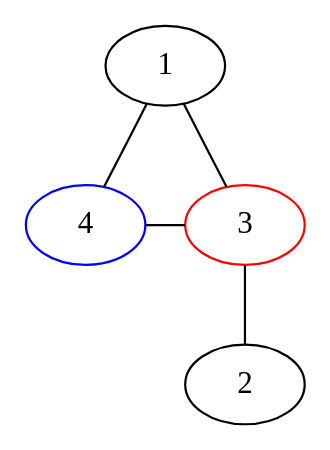
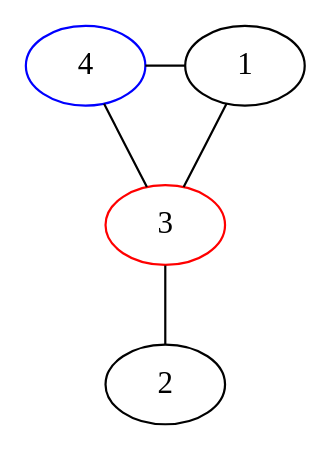
One commit to bilboquet/gamelib changed the diagram in sprouts/111.dot. Above: the diagram before and after it, drawn with Graphviz. The commit also changed 29 other files, not shown here.

```diff
--- a/sprouts/111.dot
+++ b/sprouts/111.dot
@@ -1,15 +1,16 @@
 graph {
-  1 -- 4 -- 3;
+  4 -- 1;
+  4 -- 3;
   1 -- 3 -- 2;
 
   {
     rank="same";
-    3;
     4;
+    1;
 
   }
 
   3 [color="red"];
   4 [color="blue"];
 
 }
```
